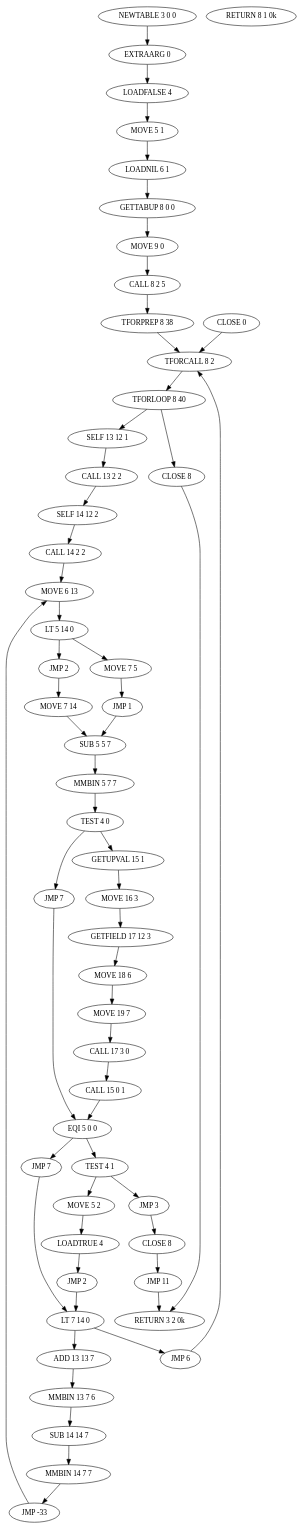
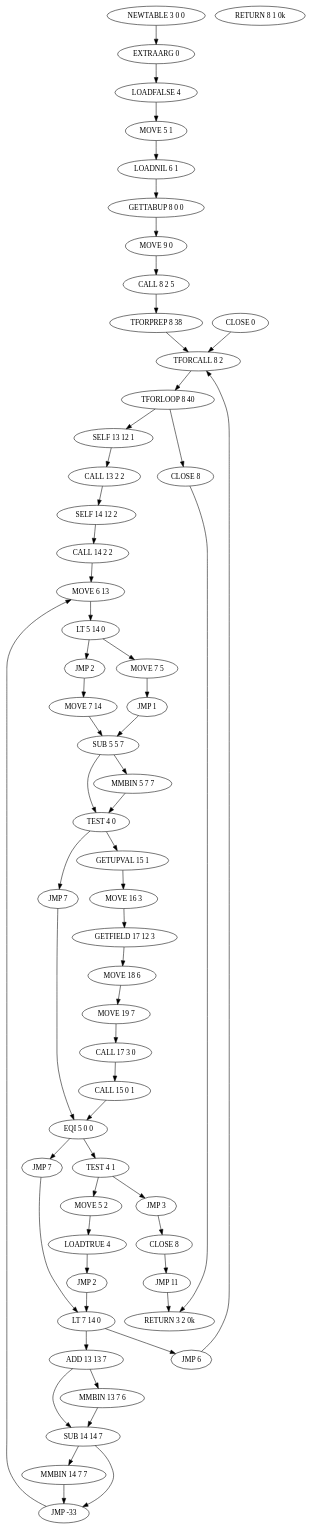
One commit to martin-eden/Lua-Callgraph changed the diagram in output/dot/test.lua.2.dot. Above: the diagram before and after it, drawn with Graphviz. The commit also changed 8 other files, not shown here.

```diff
--- a/output/dot/test.lua.2.dot
+++ b/output/dot/test.lua.2.dot
@@ -1,79 +1,85 @@
 strict digraph "test.lua.2"
 {
    "01" -> "02" -> "03" -> "04" -> "05" -> "06" ->
       "07" -> "08" -> "09" -> "48";
    "10" -> "11" -> "12" -> "13" -> "14";
    "14" -> "15" -> { "16" "17" };
    "16" -> "19";
    "17" -> "18" -> "20";
    "19" -> "20";
-   "20" -> "21" -> "22" -> { "23" "24" };
+   "20" -> { "21" "22" };
+   "21" -> "22";
+   "22" -> { "23" "24" };
    "23" -> "31";
    "24" -> "25" -> "26" -> "27" -> "28" -> "29" ->
       "30" -> "31";
    "31" -> { "32" "33" };
    "32" -> "40";
    "33" -> { "34" "35" };
    "34" -> "38";
    "35" -> "36" -> "37" -> "40";
    "38" -> "39" -> "51";
    "40" -> { "41" "42" };
    "41" -> "48";
-   "42" -> "43" -> "44" -> "45" -> "46" -> "14";
+   "42" -> { "43" "44" };
+   "43" -> "44";
+   "44" -> { "45" "46" };
+   "45" -> "46";
+   "46" -> "14";
    "47" -> "48";
    "48" -> "49" -> { "10" "50" };
    "50" -> "51";
 
    "01" [ label = "NEWTABLE 3 0 0" ];
    "02" [ label = "EXTRAARG 0" ];
    "03" [ label = "LOADFALSE 4" ];
    "04" [ label = "MOVE 5 1" ];
    "05" [ label = "LOADNIL 6 1" ];
    "06" [ label = "GETTABUP 8 0 0" ];
    "07" [ label = "MOVE 9 0" ];
    "08" [ label = "CALL 8 2 5" ];
    "09" [ label = "TFORPREP 8 38" ];
    "10" [ label = "SELF 13 12 1" ];
    "11" [ label = "CALL 13 2 2" ];
    "12" [ label = "SELF 14 12 2" ];
    "13" [ label = "CALL 14 2 2" ];
    "14" [ label = "MOVE 6 13" ];
    "15" [ label = "LT 5 14 0" ];
    "16" [ label = "JMP 2" ];
    "17" [ label = "MOVE 7 5" ];
    "18" [ label = "JMP 1" ];
    "19" [ label = "MOVE 7 14" ];
    "20" [ label = "SUB 5 5 7" ];
    "21" [ label = "MMBIN 5 7 7" ];
    "22" [ label = "TEST 4 0" ];
    "23" [ label = "JMP 7" ];
    "24" [ label = "GETUPVAL 15 1" ];
    "25" [ label = "MOVE 16 3" ];
    "26" [ label = "GETFIELD 17 12 3" ];
    "27" [ label = "MOVE 18 6" ];
    "28" [ label = "MOVE 19 7" ];
    "29" [ label = "CALL 17 3 0" ];
    "30" [ label = "CALL 15 0 1" ];
    "31" [ label = "EQI 5 0 0" ];
    "32" [ label = "JMP 7" ];
    "33" [ label = "TEST 4 1" ];
    "34" [ label = "JMP 3" ];
    "35" [ label = "MOVE 5 2" ];
    "36" [ label = "LOADTRUE 4" ];
    "37" [ label = "JMP 2" ];
    "38" [ label = "CLOSE 8" ];
    "39" [ label = "JMP 11" ];
    "40" [ label = "LT 7 14 0" ];
    "41" [ label = "JMP 6" ];
    "42" [ label = "ADD 13 13 7" ];
    "43" [ label = "MMBIN 13 7 6" ];
    "44" [ label = "SUB 14 14 7" ];
    "45" [ label = "MMBIN 14 7 7" ];
    "46" [ label = "JMP -33" ];
    "47" [ label = "CLOSE 0" ];
    "48" [ label = "TFORCALL 8 2" ];
    "49" [ label = "TFORLOOP 8 40" ];
    "50" [ label = "CLOSE 8" ];
    "51" [ label = "RETURN 3 2 0k" ];
    "52" [ label = "RETURN 8 1 0k" ];
 }
```
